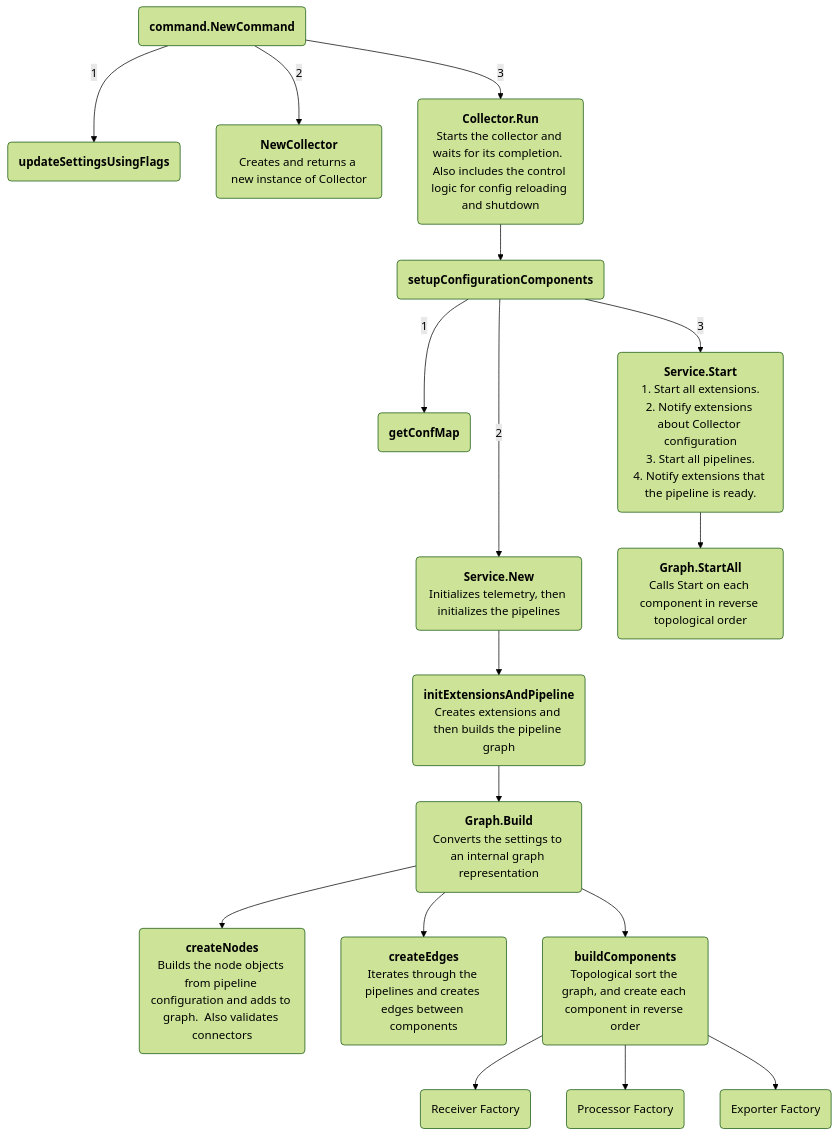
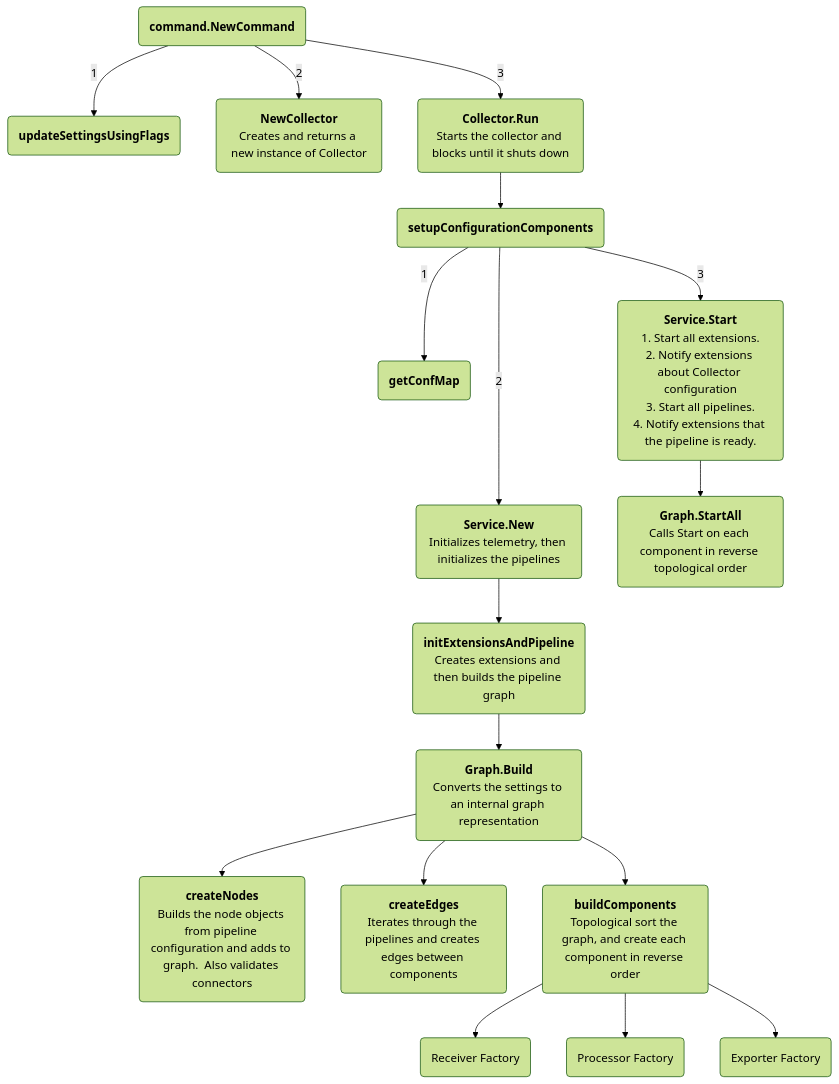
The diagram in docs/internal-architecture.md (open-telemetry/opentelemetry-collector), drawn with Mermaid (forest theme) before and after one commit. The commit also changed other lines of this file and 2 other files, not shown here.

Commit message:
reduce public facing documentation on impl details

````diff
--- a/docs/internal-architecture.md
+++ b/docs/internal-architecture.md
@@ -7,31 +7,31 @@
 ```mermaid
 flowchart TD
     A("`**command.NewCommand**`") -->|1| B("`**updateSettingsUsingFlags**`")
     A --> |2| C("`**NewCollector**
     Creates and returns a new instance of Collector`")
     A --> |3| D("`**Collector.Run**
-    Starts the collector and waits for its completion.  Also includes the control logic for config reloading and shutdown`")
+    Starts the collector and blocks until it shuts down`")
     D --> E("`**setupConfigurationComponents**`")
     E -->  |1| F("`**getConfMap**`")
     E ---> |2| G("`**Service.New**
      Initializes telemetry, then initializes the pipelines`")
     E --> |3| Q("`**Service.Start**
     1. Start all extensions.
     2. Notify extensions about Collector configuration
     3. Start all pipelines.
     4. Notify extensions that the pipeline is ready.
     `")
     Q --> R("`**Graph.StartAll**
     Calls Start on each component in reverse topological order`")
     G --> H("`**initExtensionsAndPipeline**
      Creates extensions and then builds the pipeline graph`")
     H --> I("`**Graph.Build**
      Converts the settings to an internal graph representation`")
     I --> J("`**createNodes**
      Builds the node objects from pipeline configuration and adds to graph.  Also validates connectors`")
     I --> K("`**createEdges**
      Iterates through the pipelines and creates edges between components`")
     I --> L("`**buildComponents**
      Topological sort the graph, and create each component in reverse order`")
     L --> M(Receiver Factory) & N(Processor Factory) & O(Exporter Factory)
 ```
````
